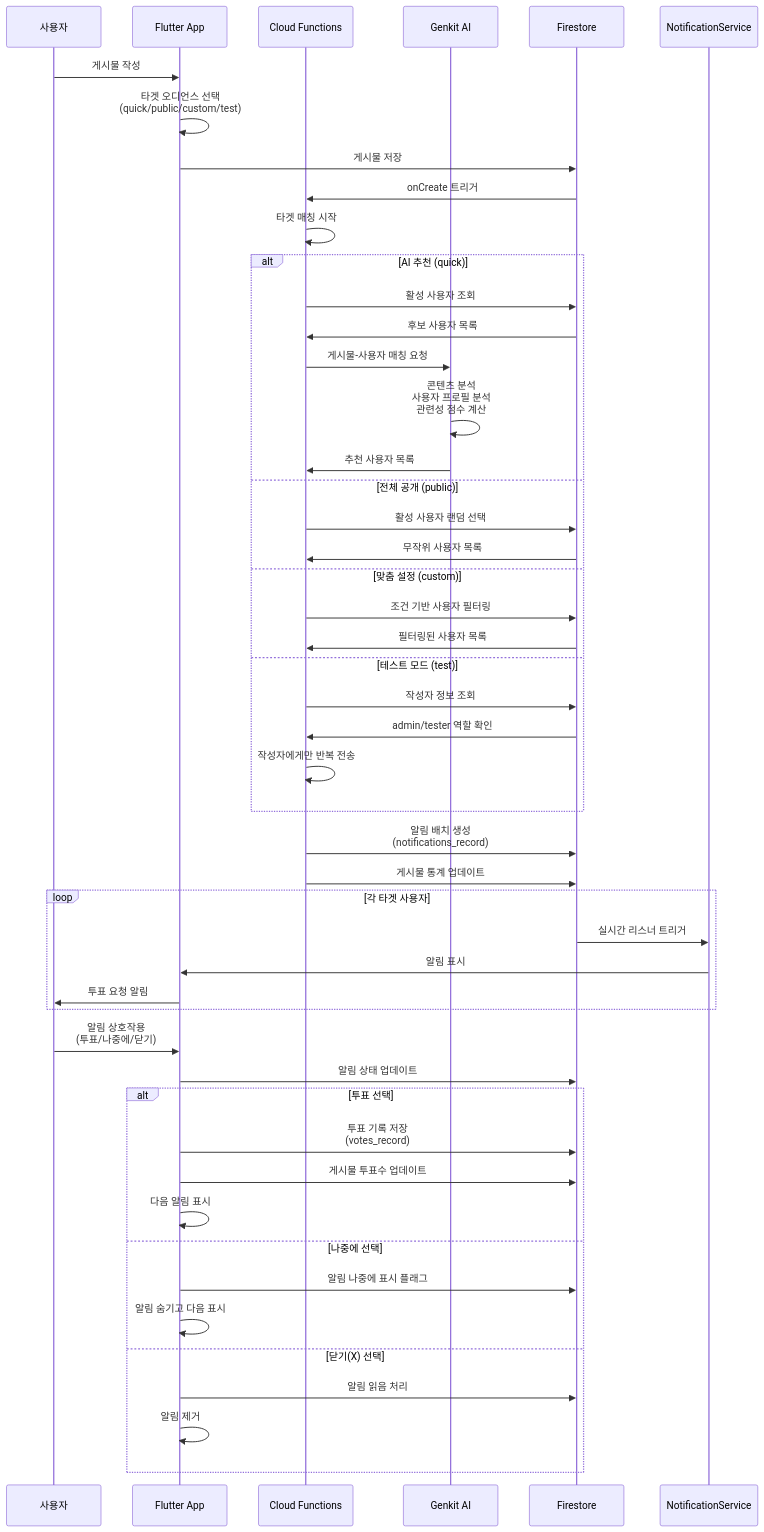
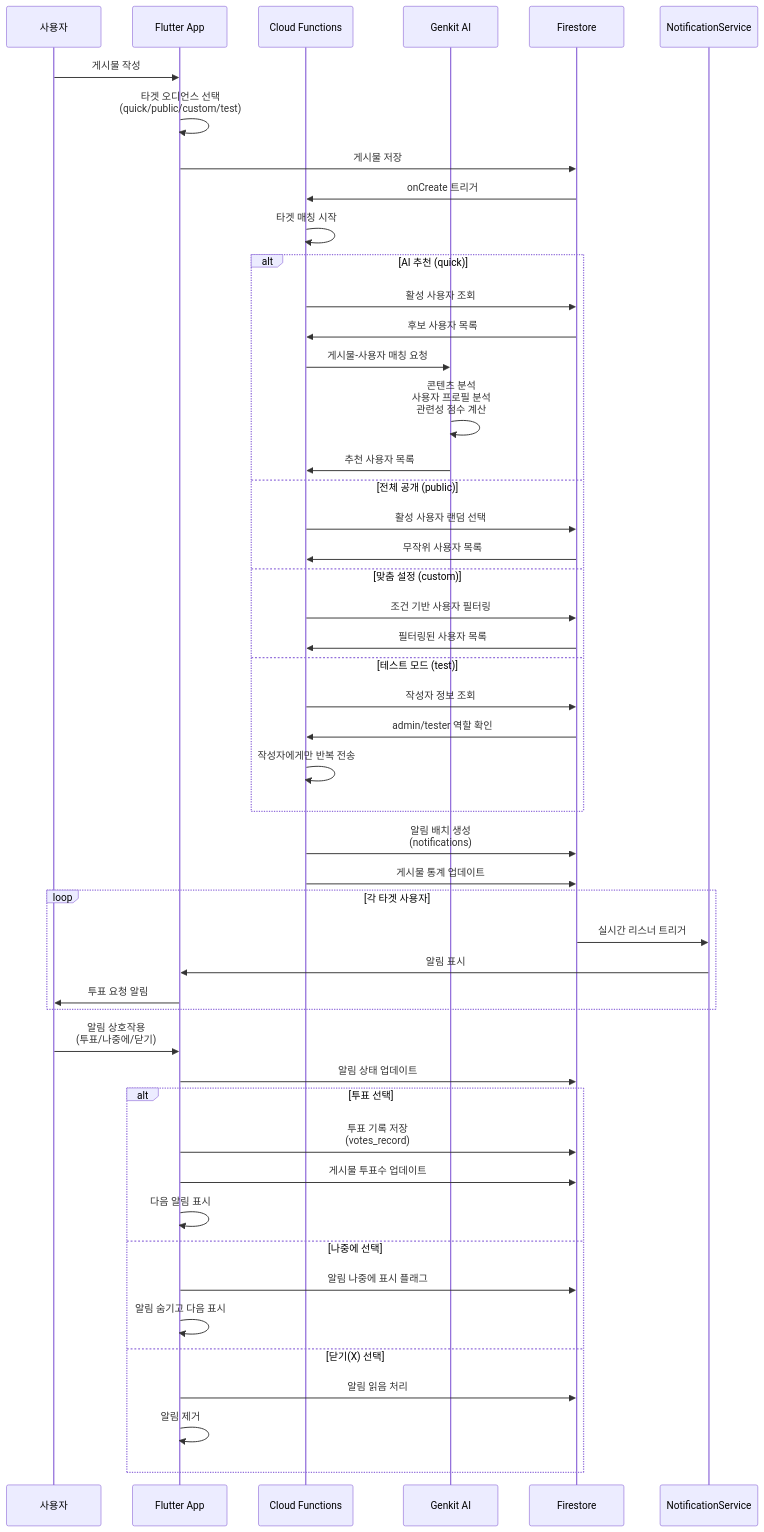
The sixth of 13 diagrams in 백엔드다이어그램.md (gblack84/versus-cursor), drawn with Mermaid before and after one commit. The commit also changed other lines of this file and 15 other files, not shown here.

````diff
--- a/백엔드다이어그램.md
+++ b/백엔드다이어그램.md
@@ -335,58 +335,58 @@
 ```mermaid
 sequenceDiagram
     participant U as 사용자
     participant A as Flutter App
     participant CF as Cloud Functions
     participant AI as Genkit AI
     participant DB as Firestore
     participant N as NotificationService
     
     U->>A: 게시물 작성
     A->>A: 타겟 오디언스 선택<br/>(quick/public/custom/test)
     A->>DB: 게시물 저장
     DB->>CF: onCreate 트리거
     
     CF->>CF: 타겟 매칭 시작
     
     alt AI 추천 (quick)
         CF->>DB: 활성 사용자 조회
         DB->>CF: 후보 사용자 목록
         CF->>AI: 게시물-사용자 매칭 요청
         AI->>AI: 콘텐츠 분석<br/>사용자 프로필 분석<br/>관련성 점수 계산
         AI->>CF: 추천 사용자 목록
     else 전체 공개 (public)
         CF->>DB: 활성 사용자 랜덤 선택
         DB->>CF: 무작위 사용자 목록
     else 맞춤 설정 (custom)
         CF->>DB: 조건 기반 사용자 필터링
         DB->>CF: 필터링된 사용자 목록
     else 테스트 모드 (test)
         CF->>DB: 작성자 정보 조회
         DB->>CF: admin/tester 역할 확인
         CF->>CF: 작성자에게만 반복 전송
     end
     
-    CF->>DB: 알림 배치 생성<br/>(notifications_record)
+    CF->>DB: 알림 배치 생성<br/>(notifications)
     CF->>DB: 게시물 통계 업데이트
     
     loop 각 타겟 사용자
         DB->>N: 실시간 리스너 트리거
         N->>A: 알림 표시
         A->>U: 투표 요청 알림
     end
     
     U->>A: 알림 상호작용<br/>(투표/나중에/닫기)
     A->>DB: 알림 상태 업데이트
     
     alt 투표 선택
         A->>DB: 투표 기록 저장<br/>(votes_record)
         A->>DB: 게시물 투표수 업데이트
         A->>A: 다음 알림 표시
     else 나중에 선택
         A->>DB: 알림 나중에 표시 플래그
         A->>A: 알림 숨기고 다음 표시
     else 닫기(X) 선택
         A->>DB: 알림 읽음 처리
         A->>A: 알림 제거
     end
 ```
````
